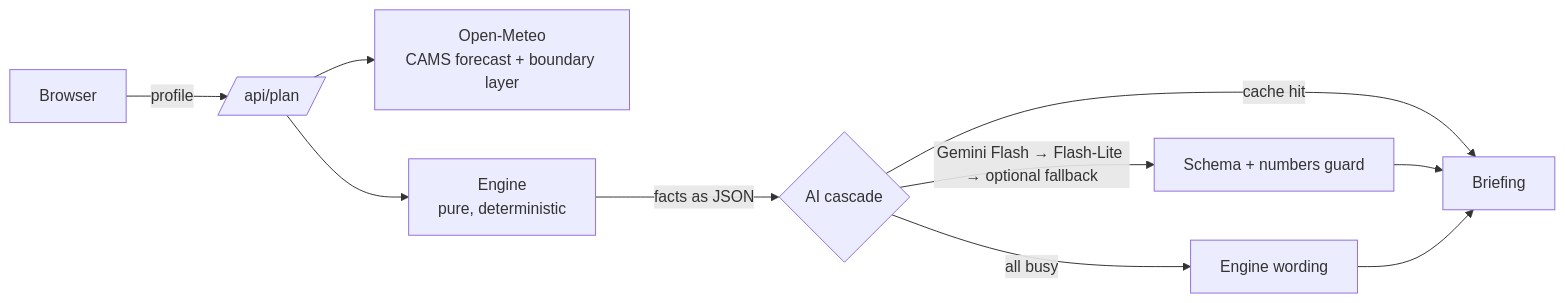
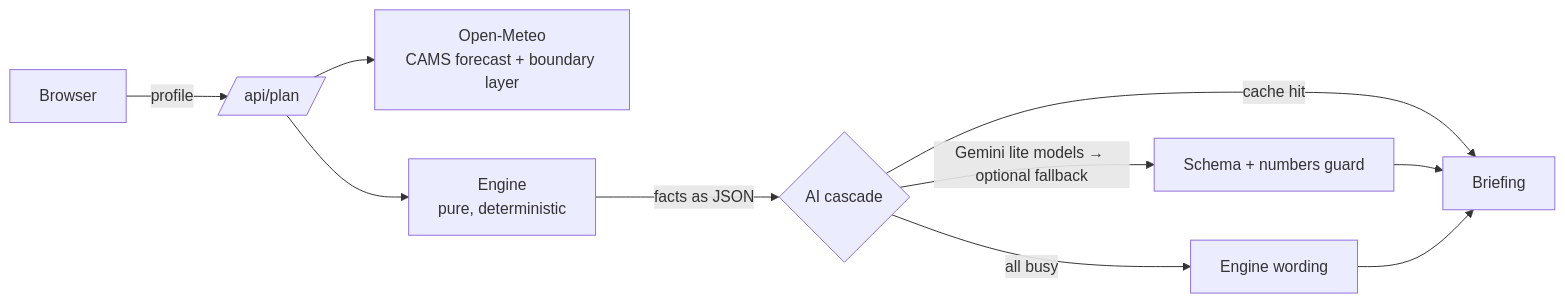
Before and after one commit to Harsha-code-per/BreatheWise: the diagram in README.md, drawn with Mermaid. The commit also changed 7 other files, not shown here.

````diff
--- a/README.md
+++ b/README.md
@@ -52,11 +52,11 @@
 ```mermaid
 flowchart LR
   B[Browser] -->|profile| P[/api/plan/]
   P --> M[Open-Meteo<br/>CAMS forecast + boundary layer]
   P --> E[Engine<br/>pure, deterministic]
   E -->|facts as JSON| C{AI cascade}
   C -->|cache hit| R[Briefing]
-  C -->|Gemini Flash → Flash-Lite → optional fallback| V[Schema + numbers guard]
+  C -->|Gemini lite models → optional fallback| V[Schema + numbers guard]
   V --> R
   C -->|all busy| T[Engine wording] --> R
 ```
````
